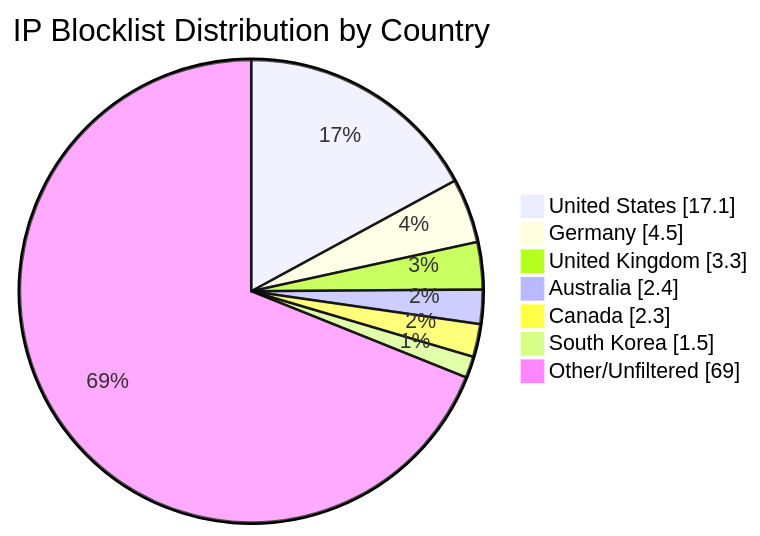
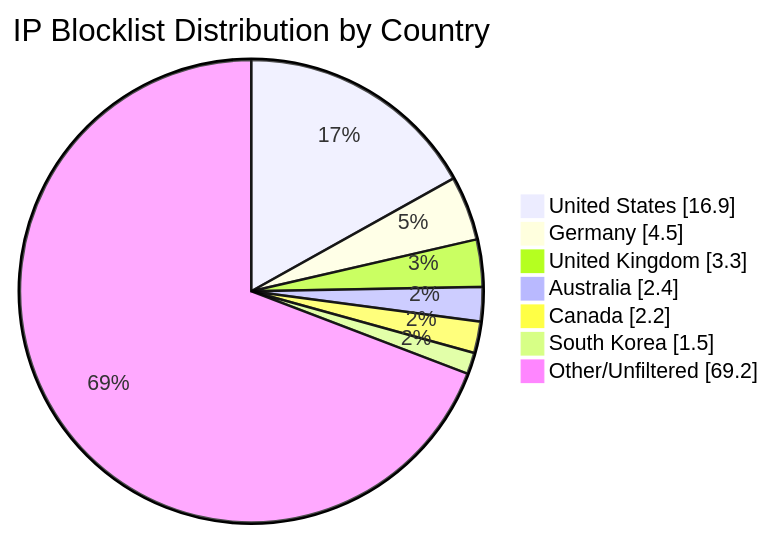
The diagram in README.md (MarcusHoltz/ipblocklist-geofiltered-aggregator), drawn with Mermaid before and after one commit. The commit also changed other lines of this file and 9 other files, not shown here.

````diff
--- a/README.md
+++ b/README.md
@@ -34,10 +34,10 @@
 ```mermaid
 pie showData title IP Blocklist Distribution by Country
-"United States" : 17.1
+"United States" : 16.9
 "Germany" : 4.5
 "United Kingdom" : 3.3
 "Australia" : 2.4
-"Canada" : 2.3
+"Canada" : 2.2
 "South Korea" : 1.5
-"Other/Unfiltered" : 69.0
+"Other/Unfiltered" : 69.2
 ```
````
